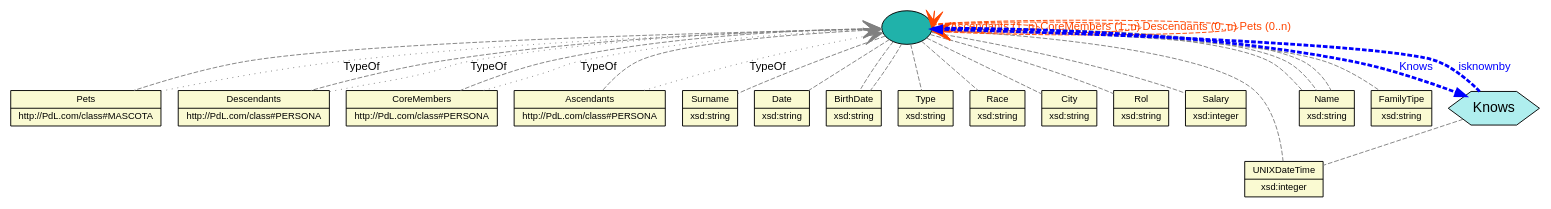
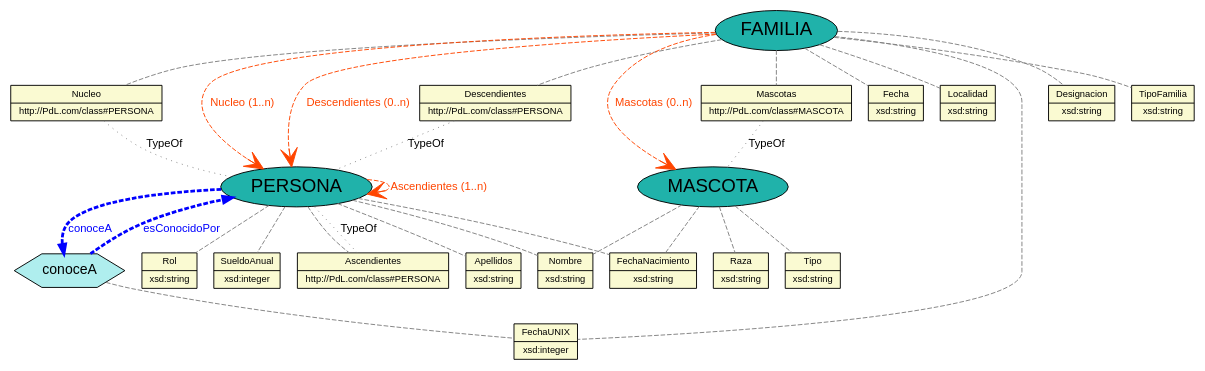
The diagram in Output/csv_dot1_domain.dot (JuanCasado/Lenguajes), drawn with Graphviz before and after one commit. The commit also changed 31 other files, not shown here.

```diff
--- a/Output/csv_dot1_domain.dot
+++ b/Output/csv_dot1_domain.dot
@@ -1,84 +1,84 @@
 graph domain{
 	//Defecto
 	node [fontname="Arial"];
 	edge [fontname="Arial",fontsize=12];
 
 	//PROPERTIES
 	node[fontsize="10", fillcolor="lightgoldenrodyellow", style="filled", shape="record", ]
 
 	
-	property_Surname [label="{Surname|xsd:string}"];
-	property_Pets [label="{Pets|http://PdL.com/class#MASCOTA}"];
-	property_Date [label="{Date|xsd:string}"];
-	property_BirthDate [label="{BirthDate|xsd:string}"];
-	property_Type [label="{Type|xsd:string}"];
-	property_Descendants [label="{Descendants|http://PdL.com/class#PERSONA}"];
-	property_Race [label="{Race|xsd:string}"];
-	property_City [label="{City|xsd:string}"];
+	property_Apellidos [label="{Apellidos|xsd:string}"];
+	property_Mascotas [label="{Mascotas|http://PdL.com/class#MASCOTA}"];
+	property_Fecha [label="{Fecha|xsd:string}"];
+	property_FechaNacimiento [label="{FechaNacimiento|xsd:string}"];
+	property_Tipo [label="{Tipo|xsd:string}"];
+	property_Descendientes [label="{Descendientes|http://PdL.com/class#PERSONA}"];
+	property_Raza [label="{Raza|xsd:string}"];
+	property_Localidad [label="{Localidad|xsd:string}"];
 	property_Rol [label="{Rol|xsd:string}"];
-	property_Salary [label="{Salary|xsd:integer}"];
-	property_UNIXDateTime [label="{UNIXDateTime|xsd:integer}"];
-	property_CoreMembers [label="{CoreMembers|http://PdL.com/class#PERSONA}"];
-	property_Name [label="{Name|xsd:string}"];
-	property_Ascendants [label="{Ascendants|http://PdL.com/class#PERSONA}"];
-	property_Name [label="{Name|xsd:string}"];
-	property_FamilyTipe [label="{FamilyTipe|xsd:string}"];
+	property_SueldoAnual [label="{SueldoAnual|xsd:integer}"];
+	property_FechaUNIX [label="{FechaUNIX|xsd:integer}"];
+	property_Nucleo [label="{Nucleo|http://PdL.com/class#PERSONA}"];
+	property_Nombre [label="{Nombre|xsd:string}"];
+	property_Ascendientes [label="{Ascendientes|http://PdL.com/class#PERSONA}"];
+	property_Designacion [label="{Designacion|xsd:string}"];
+	property_TipoFamilia [label="{TipoFamilia|xsd:string}"];
 
 	//CLASES
 	node[fontsize="20", fillcolor="lightseagreen", style="filled", shape="ellipse", ]
 
 	
-	class_ [label=""];
-	class_ [label=""];
-	class_ [label=""];
+	class_PERSONA [label="PERSONA"];
+	class_MASCOTA [label="MASCOTA"];
+	class_FAMILIA [label="FAMILIA"];
 
 	//RELACIONES
 	node[fontsize="15", fillcolor="paleturquoise", style="filled", shape="hexagon", ]
 
-	relationship_Knows [label=Knows];
+	relationship_conoceA [label=conoceA];
 
 	//CLASE -- PROPIEDAD
 	edge[len="3", style="dashed", color="grey", ]
 
-	class_ -- property_Name;
-	class_ -- property_Surname;
-	class_ -- property_Rol;
-	class_ -- property_BirthDate;
-	class_ -- property_Salary;
-	class_ -- property_Ascendants;
-	class_ -- property_Type;
-	class_ -- property_Name;
-	class_ -- property_Race;
-	class_ -- property_BirthDate;
-	class_ -- property_UNIXDateTime;
-	class_ -- property_Date;
-	class_ -- property_City;
-	class_ -- property_FamilyTipe;
-	class_ -- property_Name;
-	class_ -- property_CoreMembers;
-	class_ -- property_Descendants;
-	class_ -- property_Pets;
+	class_PERSONA -- property_Nombre;
+	class_PERSONA -- property_Apellidos;
+	class_PERSONA -- property_Rol;
+	class_PERSONA -- property_FechaNacimiento;
+	class_PERSONA -- property_SueldoAnual;
+	class_PERSONA -- property_Ascendientes;
+	class_MASCOTA -- property_Tipo;
+	class_MASCOTA -- property_Nombre;
+	class_MASCOTA -- property_Raza;
+	class_MASCOTA -- property_FechaNacimiento;
+	class_FAMILIA -- property_FechaUNIX;
+	class_FAMILIA -- property_Fecha;
+	class_FAMILIA -- property_Localidad;
+	class_FAMILIA -- property_TipoFamilia;
+	class_FAMILIA -- property_Designacion;
+	class_FAMILIA -- property_Nucleo;
+	class_FAMILIA -- property_Descendientes;
+	class_FAMILIA -- property_Mascotas;
 
 	//RELACION -- PROPIEDAD
-	relationship_Knows -- property_UNIXDateTime;
+	relationship_conoceA -- property_FechaUNIX;
 
 	// uso indirecto de definiciÃ³n de tipos
-	property_Pets -- class_ [arrowsize="2", style="dotted", arrowhead="vee", dir="forward", label="TypeOf"];
-	property_Descendants -- class_ [arrowsize="2", style="dotted", arrowhead="vee", dir="forward", label="TypeOf"];
-	property_CoreMembers -- class_ [arrowsize="2", style="dotted", arrowhead="vee", dir="forward", label="TypeOf"];
-	property_Ascendants -- class_ [arrowsize="2", style="dotted", arrowhead="vee", dir="forward", label="TypeOf"];
+	property_Mascotas -- class_MASCOTA [style="dotted", arrowhead="vee", label="TypeOf"];
+	property_Descendientes -- class_PERSONA [style="dotted", arrowhead="vee", label="TypeOf"];
+	property_Nucleo -- class_PERSONA [style="dotted", arrowhead="vee", label="TypeOf"];
+	property_Ascendientes -- class_PERSONA [style="dotted", arrowhead="vee", label="TypeOf"];
 
 	// asociaciones a travÃ©s de atributos marcadas de forma directa
-	class_ -- class_ [label="Ascendants (1..n) "fontcolor="orangered", color="orangered", style="dashed", arrowhead="vee",dir="forward",arrowsize="2"];
-	class_ -- class_ [label="CoreMembers (1..n) "fontcolor="orangered", color="orangered", style="dashed", arrowhead="vee",dir="forward",arrowsize="2"];
-	class_ -- class_ [label="Descendants (0..n) "fontcolor="orangered", color="orangered", style="dashed", arrowhead="vee",dir="forward",arrowsize="2"];
-	class_ -- class_ [label="Pets (0..n) "fontcolor="orangered", color="orangered", style="dashed", arrowhead="vee",dir="forward",arrowsize="2"];
+	class_PERSONA -- class_PERSONA [label="Ascendientes (1..n) "fontcolor="orangered", color="orangered", style="dashed", arrowhead="vee",dir="forward",arrowsize="2"];
+	class_FAMILIA -- class_PERSONA [label="Nucleo (1..n) "fontcolor="orangered", color="orangered", style="dashed", arrowhead="vee",dir="forward",arrowsize="2"];
+	class_FAMILIA -- class_PERSONA [label="Descendientes (0..n) "fontcolor="orangered", color="orangered", style="dashed", arrowhead="vee",dir="forward",arrowsize="2"];
+	class_FAMILIA -- class_MASCOTA [label="Mascotas (0..n) "fontcolor="orangered", color="orangered", style="dashed", arrowhead="vee",dir="forward",arrowsize="2"];
 
 	// herencias
 
 	// enlaces de relaciones
 	edge[len="2",penwidth="3",color="blue"]
-	class_ -- relationship_Knows [label="Knows",fontcolor="blue",dir="forward",arrowhead="normal"];
-	relationship_Knows -- class_ [label="isknownby",fontcolor="blue",dir="forward",arrowhead="normal"];
+	class_PERSONA -- relationship_conoceA [label="conoceA",fontcolor="blue",dir="forward",arrowhead="normal"];
+	relationship_conoceA -- class_PERSONA [label="esConocidoPor",fontcolor="blue",dir="forward",arrowhead="normal"];
 
 }
```
